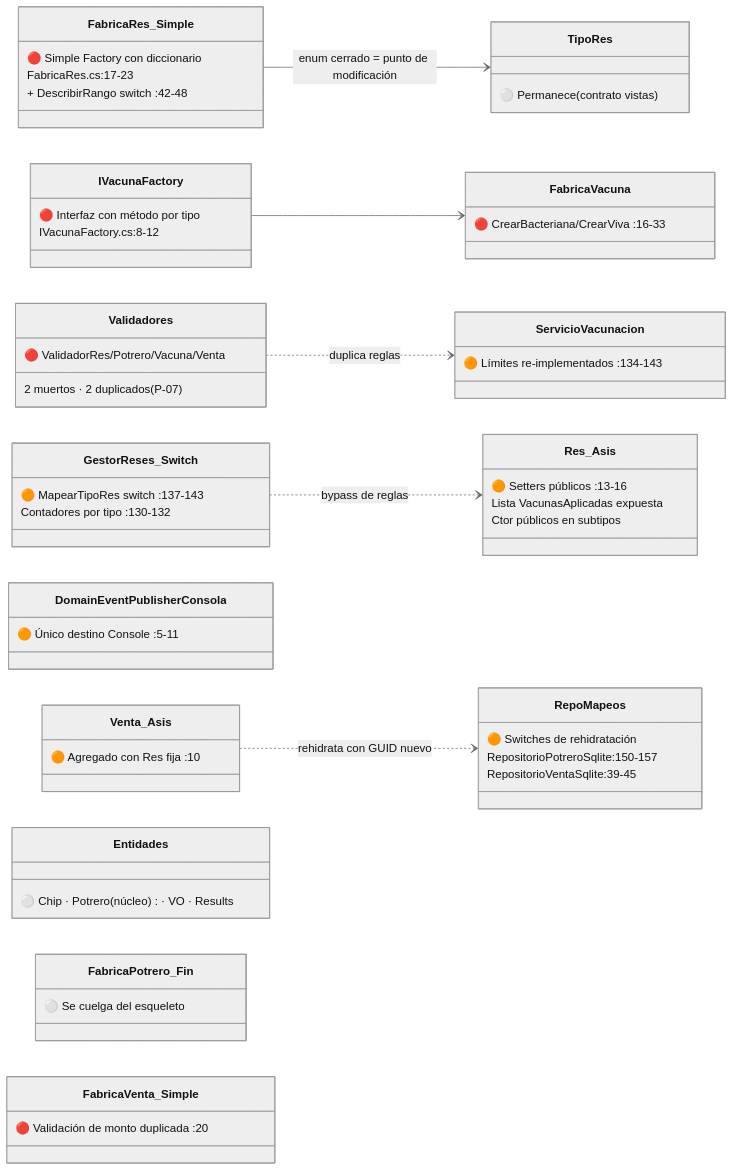
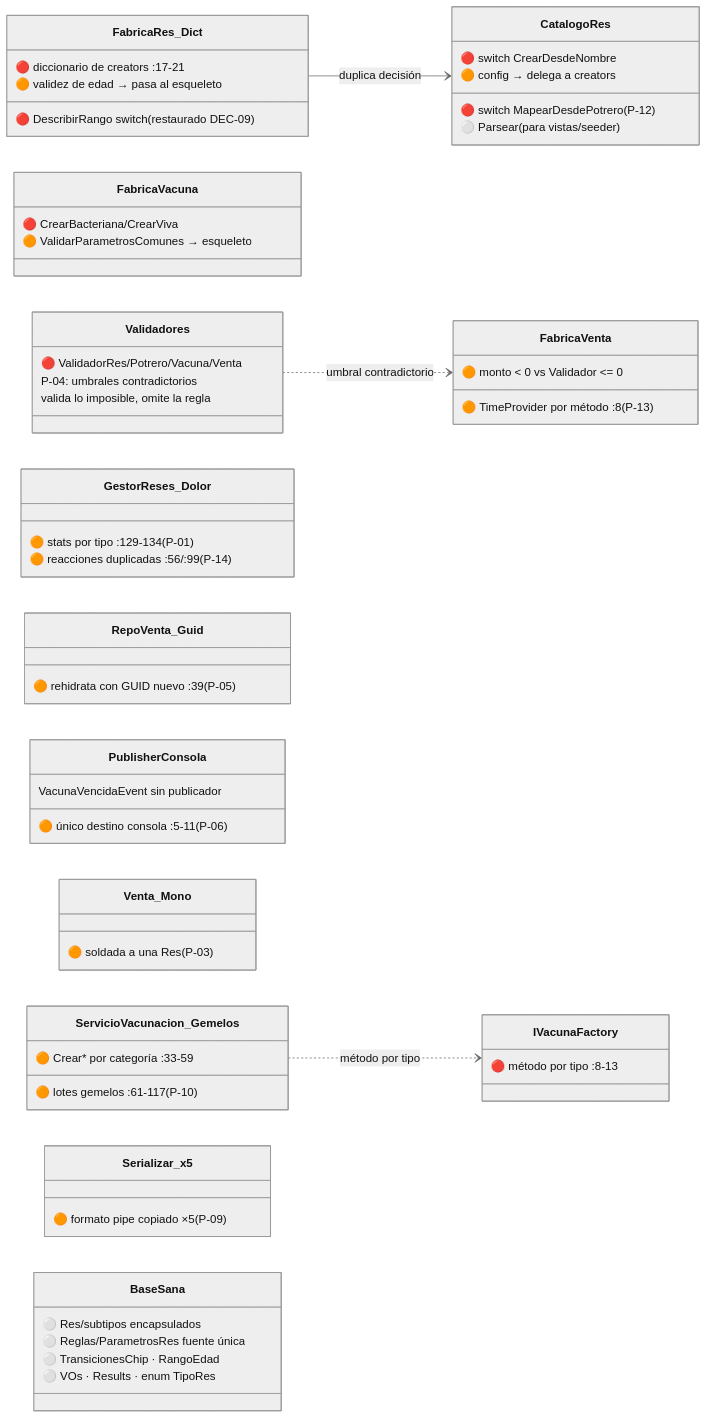
One commit to Dishyma/patrones changed the first of 2 diagrams in content/Reto2-Hacienda/Opcion1/05-TOBE.md. Above: the diagram before and after it, drawn with Mermaid (neutral theme). The commit also changed other lines of this file and 30 other files, not shown here.

````diff
--- a/content/Reto2-Hacienda/Opcion1/05-TOBE.md
+++ b/content/Reto2-Hacienda/Opcion1/05-TOBE.md
@@ -30,60 +31,61 @@
 ```mermaid
 classDiagram
     direction LR
-    class FabricaRes_Simple {
-        🔴 Simple Factory con diccionario
-        FabricaRes.cs:17-23
-        + DescribirRango switch :42-48
+    class FabricaRes_Dict {
+        🔴 diccionario de creators :17-21
+        🔴 DescribirRango switch (restaurado DEC-09)
+        🟠 validez de edad → pasa al esqueleto
+    }
+    class CatalogoRes {
+        🔴 switch CrearDesdeNombre
+        🔴 switch MapearDesdePotrero (P-12)
+        🟠 config → delega a creators
+        ⚪ Parsear (para vistas/seeder)
     }
     class IVacunaFactory {
-        🔴 Interfaz con método por tipo
-        IVacunaFactory.cs:8-12
+        🔴 método por tipo :8-13
     }
     class FabricaVacuna {
-        🔴 CrearBacteriana/CrearViva :16-33
+        🔴 CrearBacteriana/CrearViva
+        🟠 ValidarParametrosComunes → esqueleto
     }
     class Validadores {
         🔴 ValidadorRes/Potrero/Vacuna/Venta
-        2 muertos · 2 duplicados (P-07)
+        P-04: umbrales contradictorios
+        valida lo imposible, omite la regla
     }
-    class GestorReses_Switch {
-        🟠 MapearTipoRes switch :137-143
-        Contadores por tipo :130-132
+    class GestorReses_Dolor {
+        🟠 stats por tipo :129-134 (P-01)
+        🟠 reacciones duplicadas :56/:99 (P-14)
     }
-    class RepoMapeos {
-        🟠 Switches de rehidratación
-        RepositorioPotreroSqlite:150-157
-        RepositorioVentaSqlite:39-45
+    class RepoVenta_Guid {
+        🟠 rehidrata con GUID nuevo :39 (P-05)
     }
-    class DomainEventPublisherConsola {
-        🟠 Único destino Console :5-11
+    class PublisherConsola {
+        🟠 único destino consola :5-11 (P-06)
+        VacunaVencidaEvent sin publicador
     }
-    class Res_Asis {
-        🟠 Setters públicos :13-16
-        Lista VacunasAplicadas expuesta
-        Ctor públicos en subtipos
+    class Venta_Mono {
+        🟠 soldada a una Res (P-03)
     }
-    class Venta_Asis {
-        🟠 Agregado con Res fija :10
+    class FabricaVenta {
+        🟠 TimeProvider por método :8 (P-13)
+        🟠 monto < 0 vs Validador <= 0
     }
-    class ServicioVacunacion {
-        🟠 Límites re-implementados :134-143
+    class ServicioVacunacion_Gemelos {
+        🟠 lotes gemelos :61-117 (P-10)
+        🟠 Crear* por categoría :33-59
     }
-    class TipoRes {
-        ⚪ Permanece (contrato vistas)
+    class Serializar_x5 {
+        🟠 formato pipe copiado ×5 (P-09)
     }
-    class Entidades {
-        ⚪ Chip · Potrero(núcleo) · VO · Results
+    class BaseSana {
+        ⚪ Res/subtipos encapsulados
+        ⚪ Reglas/ParametrosRes fuente única
+        ⚪ TransicionesChip · RangoEdad
+        ⚪ VOs · Results · enum TipoRes
     }
-    class FabricaPotrero_Fin {
-        ⚪ Se cuelga del esqueleto
-    }
-    class FabricaVenta_Simple {
-        🔴 Validación de monto duplicada :20
-    }
-    FabricaRes_Simple --> TipoRes : enum cerrado = punto de modificación
-    IVacunaFactory --> FabricaVacuna
-    Validadores ..> ServicioVacunacion : duplica reglas
-    GestorReses_Switch ..> Res_Asis : bypass de reglas
-    Venta_Asis ..> RepoMapeos : rehidrata con GUID nuevo
+    FabricaRes_Dict --> CatalogoRes : duplica decisión
+    Validadores ..> FabricaVenta : umbral contradictorio
+    ServicioVacunacion_Gemelos ..> IVacunaFactory : método por tipo
 ```
````
